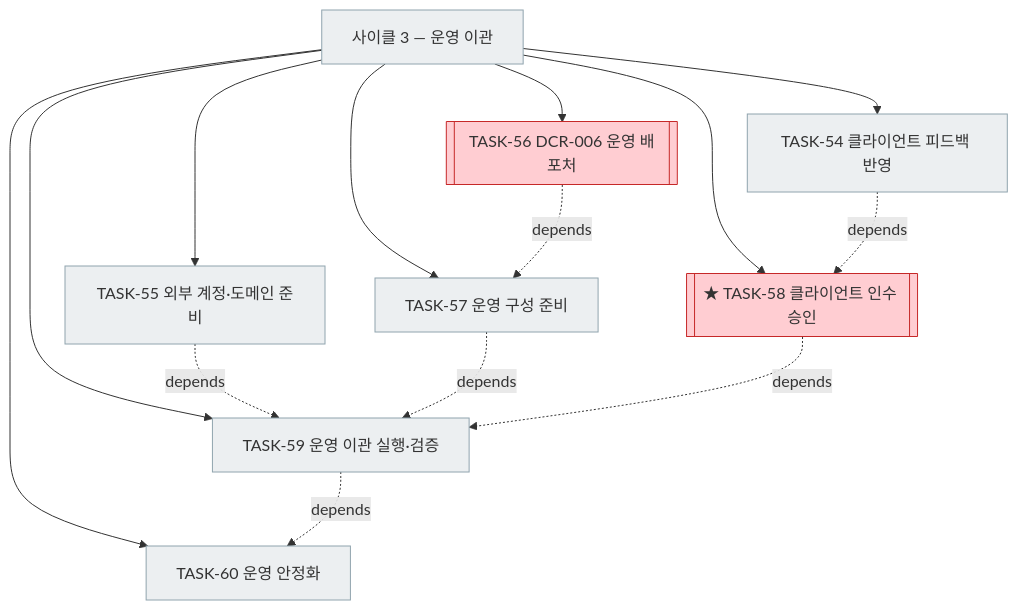
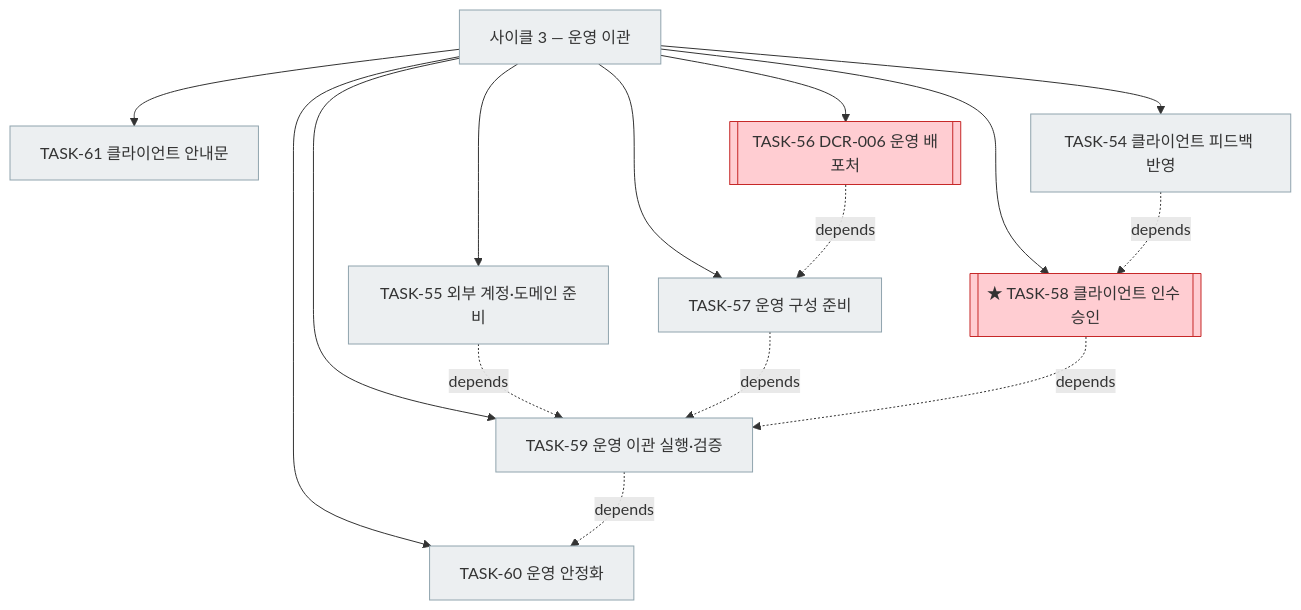
The fourth of 5 diagrams in docs/plan.md (bluesky5008/mathdesk), drawn with Mermaid before and after one commit. The commit also changed other lines of this file and 1 other file, not shown here.

Commit message:
docs: TASK-61 클라이언트 안내문 작성을 다음 작업으로 등록

````diff
--- a/docs/plan.md
+++ b/docs/plan.md
@@ -232,21 +233,22 @@
 ```mermaid
 flowchart TD
     C3["사이클 3 — 운영 이관"]:::todo
+    C3 --> T61["TASK-61 클라이언트 안내문"]:::todo
     C3 --> T54["TASK-54 클라이언트 피드백 반영"]:::todo
     C3 --> T55["TASK-55 외부 계정·도메인 준비"]:::todo
     C3 --> T56[["TASK-56 DCR-006 운영 배포처"]]:::gate
     C3 --> T57["TASK-57 운영 구성 준비"]:::todo
     C3 --> T58[["★ TASK-58 클라이언트 인수 승인"]]:::gate
     C3 --> T59["TASK-59 운영 이관 실행·검증"]:::todo
     C3 --> T60["TASK-60 운영 안정화"]:::todo
     T56 -. depends .-> T57
     T54 -. depends .-> T58
     T55 -. depends .-> T59
     T57 -. depends .-> T59
     T58 -. depends .-> T59
     T59 -. depends .-> T60
     classDef done fill:#c8e6c9,stroke:#2e7d32
     classDef active fill:#fff9c4,stroke:#f9a825
     classDef todo fill:#eceff1,stroke:#90a4ae
     classDef gate fill:#ffcdd2,stroke:#c62828
 ```
````
